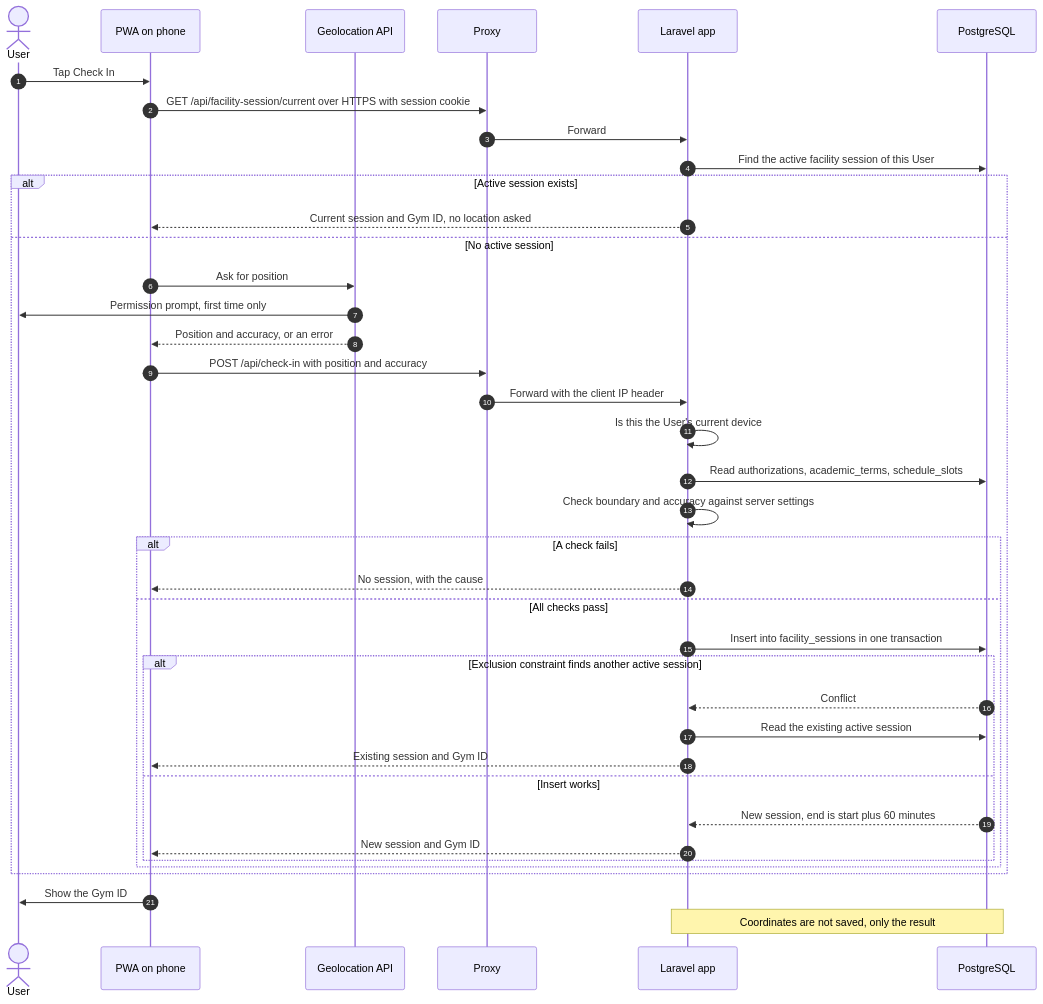
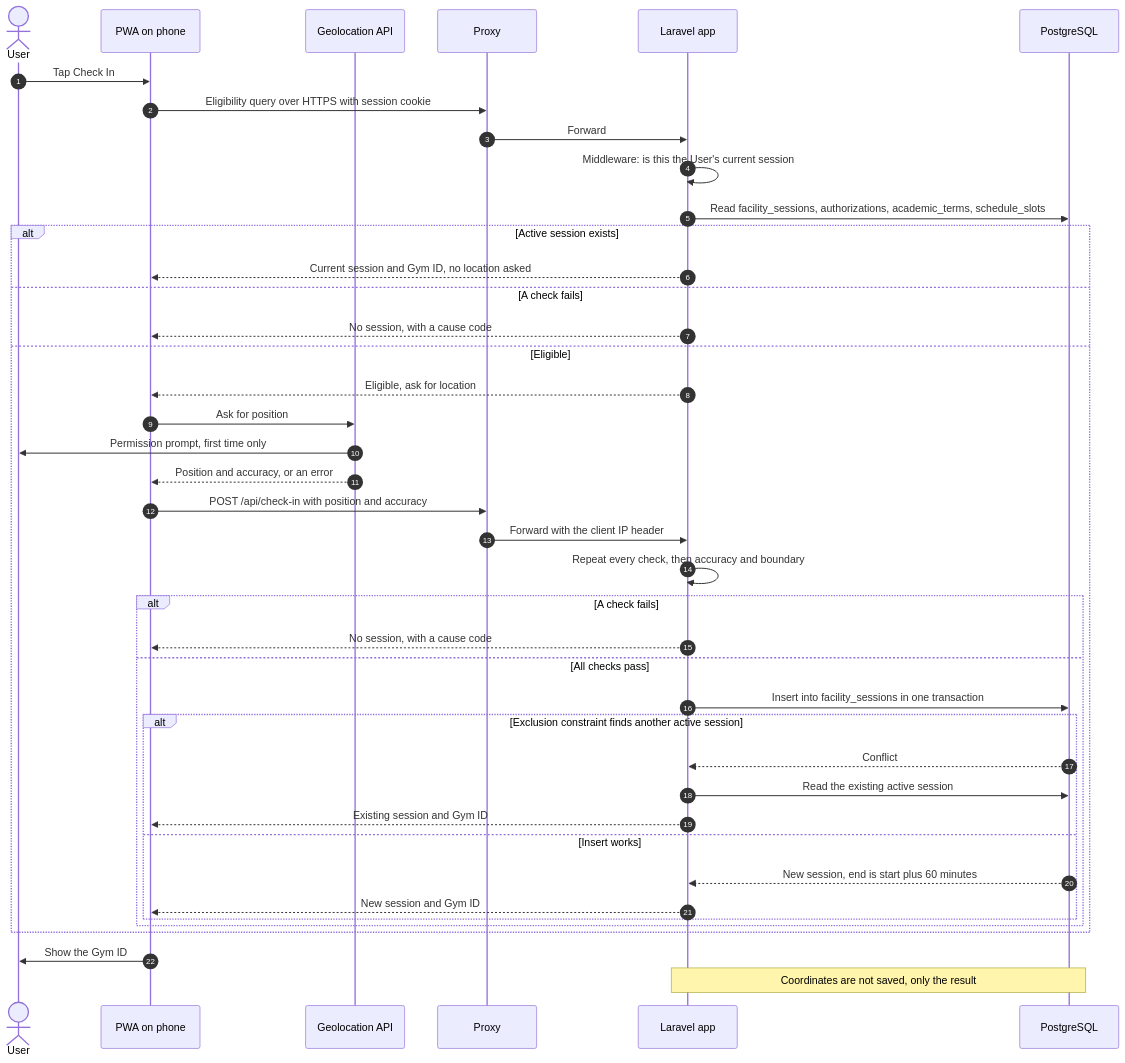
The fifth of 5 diagrams in docs/design/architecture.md (Th3-Minorities/natatorio-gym-app), drawn with Mermaid before and after one commit. The commit also changed other lines of this file, not shown here.

Commit message:
Apply the design review decisions to the architecture

````diff
--- a/docs/design/architecture.md
+++ b/docs/design/architecture.md
@@ -219,42 +228,44 @@
 ```mermaid
 sequenceDiagram
   autonumber
   actor U as User
   participant PWA as PWA on phone
   participant GEO as Geolocation API
   participant PX as Proxy
   participant API as Laravel app
   participant DB as PostgreSQL
 
   U->>PWA: Tap Check In
-  PWA->>PX: GET /api/facility-session/current over HTTPS with session cookie
+  PWA->>PX: Eligibility query over HTTPS with session cookie
   PX->>API: Forward
-  API->>DB: Find the active facility session of this User
+  API->>API: Middleware: is this the User's current session
+  API->>DB: Read facility_sessions, authorizations, academic_terms, schedule_slots
   alt Active session exists
     API-->>PWA: Current session and Gym ID, no location asked
-  else No active session
+  else A check fails
+    API-->>PWA: No session, with a cause code
+  else Eligible
+    API-->>PWA: Eligible, ask for location
     PWA->>GEO: Ask for position
     GEO->>U: Permission prompt, first time only
     GEO-->>PWA: Position and accuracy, or an error
     PWA->>PX: POST /api/check-in with position and accuracy
     PX->>API: Forward with the client IP header
-    API->>API: Is this the User's current device
-    API->>DB: Read authorizations, academic_terms, schedule_slots
-    API->>API: Check boundary and accuracy against server settings
+    API->>API: Repeat every check, then accuracy and boundary
     alt A check fails
-      API-->>PWA: No session, with the cause
+      API-->>PWA: No session, with a cause code
     else All checks pass
       API->>DB: Insert into facility_sessions in one transaction
       alt Exclusion constraint finds another active session
         DB-->>API: Conflict
         API->>DB: Read the existing active session
         API-->>PWA: Existing session and Gym ID
       else Insert works
         DB-->>API: New session, end is start plus 60 minutes
         API-->>PWA: New session and Gym ID
       end
     end
   end
   PWA->>U: Show the Gym ID
   Note over API,DB: Coordinates are not saved, only the result
 ```
````
